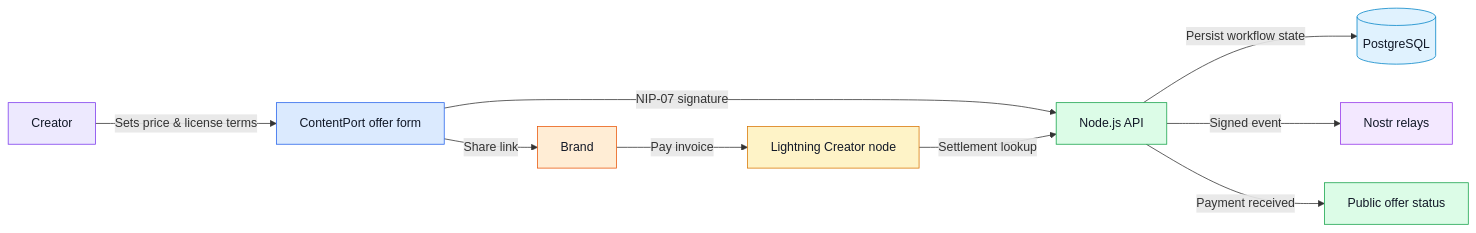
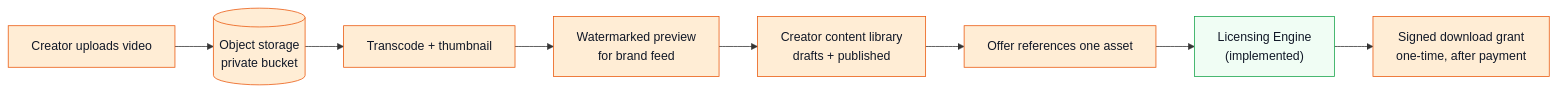
Before and after one commit to Aishagojo/ANZA: the third of 3 diagrams in README.md, drawn with Mermaid. The commit also changed other lines of this file, not shown here.

````diff
--- a/README.md
+++ b/README.md
@@ -37,20 +455,19 @@
 ```mermaid
 flowchart LR
-    C[Creator] -->|Sets price & license terms| F[ContentPort offer form]
-    F -->|NIP-07 signature| A[Node.js API]
-    A -->|Persist workflow state| P[(PostgreSQL)]
-    A -->|Signed event| N[Nostr relays]
-    F -->|Share link| B[Brand]
-    B -->|Pay invoice| L[Lightning Creator node]
-    L -->|Settlement lookup| A
-    A -->|Payment received| O[Public offer status]
+    C[Creator uploads video] --> ST[(Object storage<br/>private bucket)]
+    ST --> TR["Transcode + thumbnail"]
+    TR --> WM["Watermarked preview<br/>for brand feed"]
+    WM --> LIB["Creator content library<br/>drafts + published"]
+    LIB --> OFF["Offer references one asset"]
+    OFF --> ENG["Licensing Engine<br/>(implemented)"]
+    ENG --> DL["Signed download grant<br/>one-time, after payment"]
 
-    style C fill:#ede9fe,stroke:#7c3aed,color:#111827
-    style F fill:#dbeafe,stroke:#2563eb,color:#111827
-    style A fill:#dcfce7,stroke:#16a34a,color:#111827
-    style P fill:#e0f2fe,stroke:#0284c7,color:#111827
-    style N fill:#f3e8ff,stroke:#9333ea,color:#111827
-    style B fill:#ffedd5,stroke:#ea580c,color:#111827
-    style L fill:#fef3c7,stroke:#d97706,color:#111827
-    style O fill:#dcfce7,stroke:#16a34a,color:#111827
+    style C fill:#FFEDD5,stroke:#EA580C,color:#111827
+    style ST fill:#FFEDD5,stroke:#EA580C,color:#111827
+    style TR fill:#FFEDD5,stroke:#EA580C,color:#111827
+    style WM fill:#FFEDD5,stroke:#EA580C,color:#111827
+    style LIB fill:#FFEDD5,stroke:#EA580C,color:#111827
+    style OFF fill:#FFEDD5,stroke:#EA580C,color:#111827
+    style ENG fill:#F0FDF4,stroke:#16A34A,color:#111827
+    style DL fill:#FFEDD5,stroke:#EA580C,color:#111827
 ```
````
